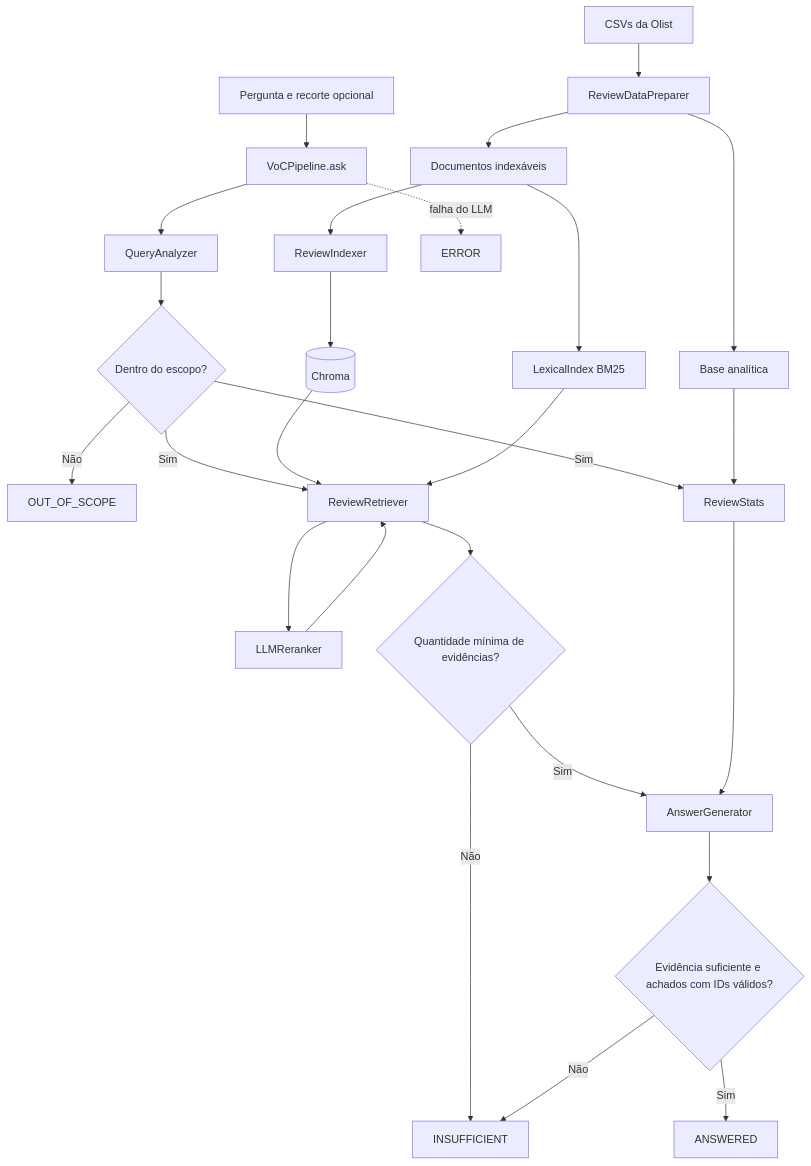
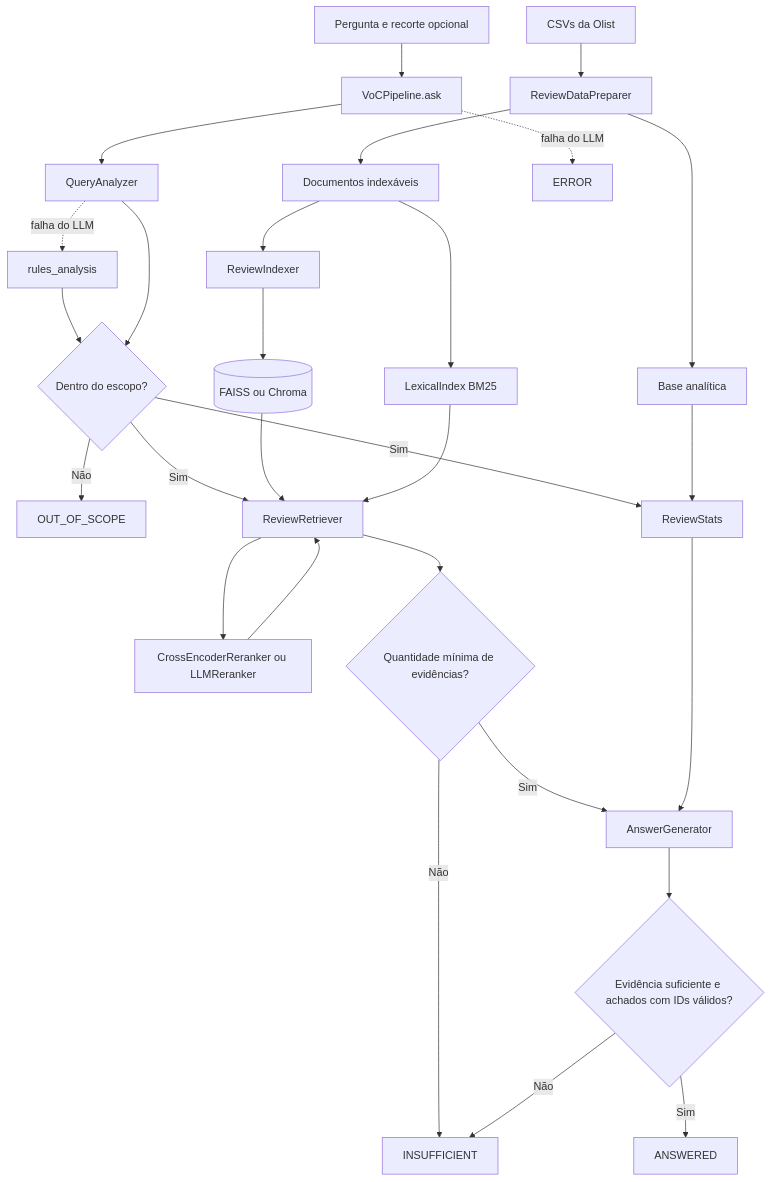
The diagram in docs/classes_e_funcoes.md (eduardorossi/tech_challenge_fase4), drawn with Mermaid before and after one commit. The commit also changed other lines of this file and 28 other files, not shown here.

Commit message:
Ajustes e recuperação local com E5, FAISS e cross-encoder; fallback por regras

````diff
--- a/docs/classes_e_funcoes.md
+++ b/docs/classes_e_funcoes.md
@@ -21,28 +21,30 @@
 ```mermaid
 flowchart TD
     CSV[CSVs da Olist] --> PREP[ReviewDataPreparer]
     PREP --> BASE[Base analítica]
     PREP --> DOCS[Documentos indexáveis]
     DOCS --> IDX[ReviewIndexer]
-    IDX --> CHROMA[(Chroma)]
+    IDX --> CHROMA[(FAISS ou Chroma)]
     DOCS --> LEX[LexicalIndex BM25]
     Q[Pergunta e recorte opcional] --> PIPE[VoCPipeline.ask]
     PIPE --> ANALYZER[QueryAnalyzer]
+    ANALYZER -.->|falha do LLM| RULES[rules_analysis]
+    RULES --> SCOPE
     ANALYZER --> SCOPE{Dentro do escopo?}
     SCOPE -->|Não| OUT[OUT_OF_SCOPE]
     SCOPE -->|Sim| RET[ReviewRetriever]
     SCOPE -->|Sim| STATS[ReviewStats]
     CHROMA --> RET
     LEX --> RET
-    RET --> RR[LLMReranker]
+    RET --> RR[CrossEncoderReranker ou LLMReranker]
     RR --> RET
     BASE --> STATS
     RET --> MIN{Quantidade mínima de evidências?}
     MIN -->|Não| INSUF[INSUFFICIENT]
     MIN -->|Sim| GEN[AnswerGenerator]
     STATS --> GEN
     GEN --> VALID{Evidência suficiente e achados com IDs válidos?}
     VALID -->|Não| INSUF
     VALID -->|Sim| OK[ANSWERED]
     PIPE -.->|falha do LLM| ERR[ERROR]
 ```
````
